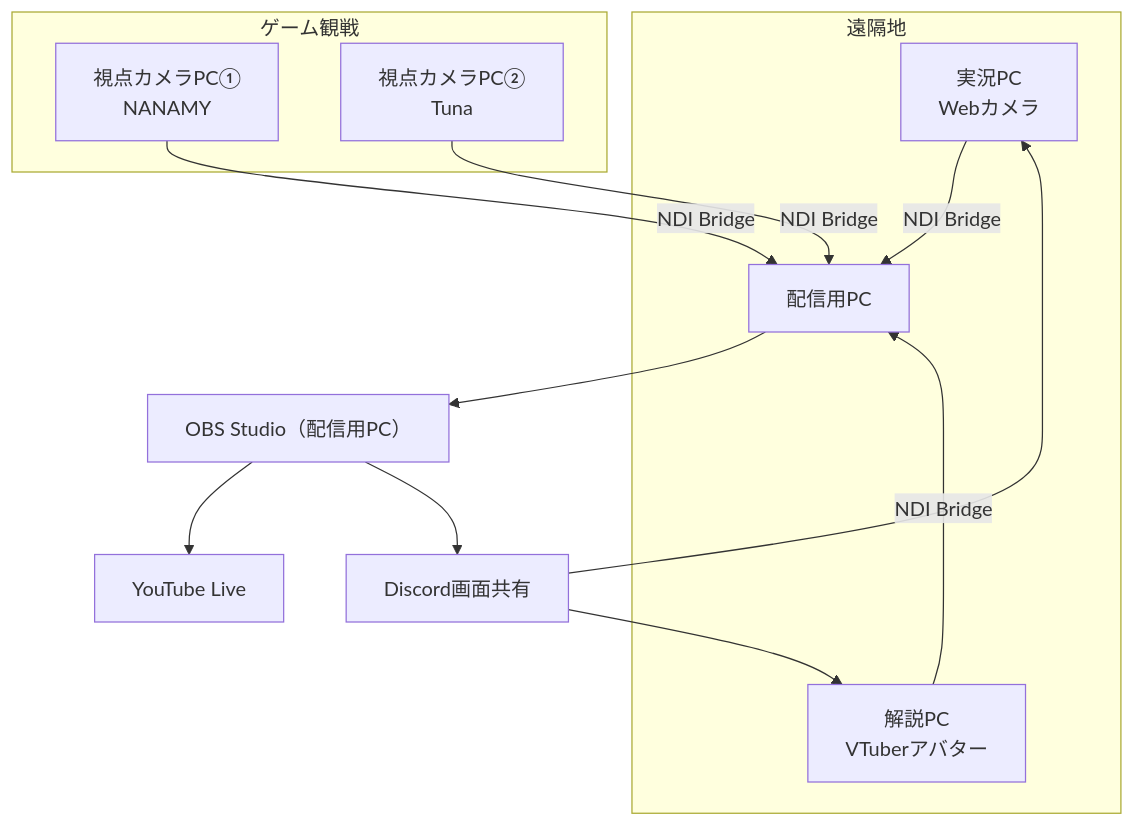
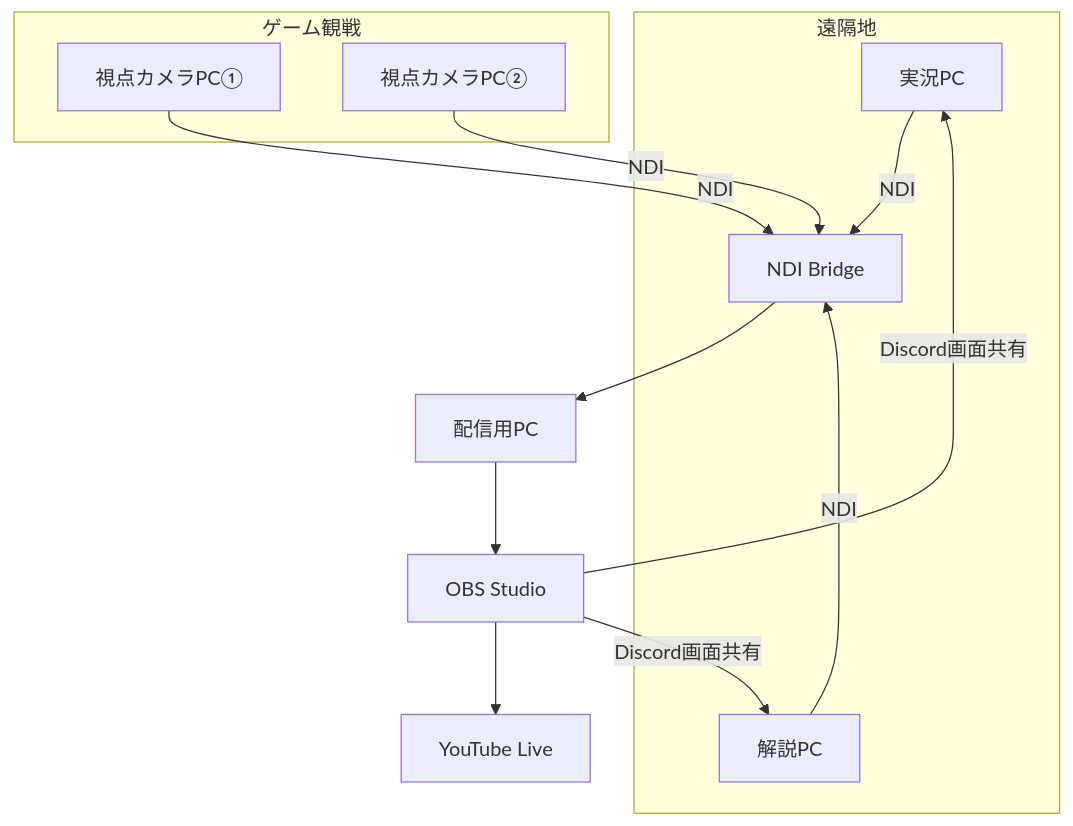
One commit to Ruprous/PNZ-VALORANT-CUSTOM-GO changed the diagram in README.md. Above: the diagram before and after it, drawn with Mermaid.

````diff
--- a/README.md
+++ b/README.md
@@ -92,20 +92,20 @@
 ```mermaid
 flowchart TD
     subgraph 遠隔地
-      A1[実況PC<br>Webカメラ] -->|NDI Bridge| M[配信用PC]
-      A2[解説PC<br>VTuberアバター] -->|NDI Bridge| M
+      A1[実況PC] -->|NDI| NDI[NDI Bridge]
+      A2[解説PC] -->|NDI| NDI
     end
 
     subgraph ゲーム観戦
-      B1[視点カメラPC①<br>NANAMY] -->|NDI Bridge| M
-      B2[視点カメラPC②<br>Tuna] -->|NDI Bridge| M
+      B1[視点カメラPC①] -->|NDI| NDI
+      B2[視点カメラPC②] -->|NDI| NDI
     end
 
-    M --> OBS[OBS Studio（配信用PC）]
+    NDI --> M[配信用PC]
+    M --> OBS[OBS Studio]
     OBS --> YT[YouTube Live]
 
-    %% 追加: Discord画面共有で実況・解説に映像を送る
-    OBS --> DC[Discord画面共有]
-    DC --> A1
-    DC --> A2
+    OBS -->|Discord画面共有| A1
+    OBS -->|Discord画面共有| A2
+
 ```
````
